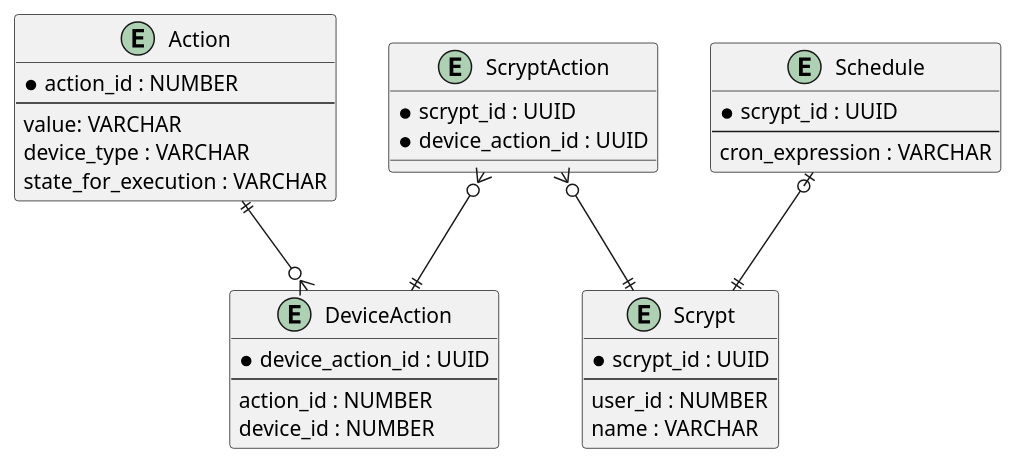
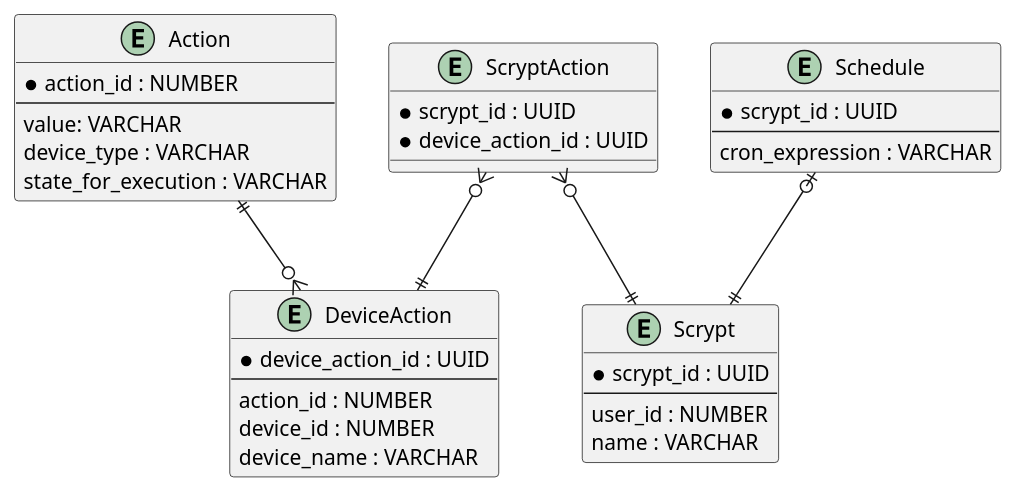
One commit to frobbery/architecture-warmhouse changed the diagram in diagrams/er/scrypt-database.puml. Above: the diagram before and after it, drawn with PlantUML. The commit also changed 9 other files, not shown here.

```diff
--- a/diagrams/er/scrypt-database.puml
+++ b/diagrams/er/scrypt-database.puml
@@ -1,41 +1,42 @@
 @startuml
 
 entity "Action" {
   * action_id : NUMBER
   --
   value: VARCHAR
   device_type : VARCHAR
   state_for_execution : VARCHAR
 }
 
 entity "DeviceAction" {
   * device_action_id : UUID
   --
   action_id : NUMBER
   device_id : NUMBER
+  device_name : VARCHAR
 }
 
 entity "Schedule" {
   * scrypt_id : UUID
   --
   cron_expression : VARCHAR
 }
 
 entity "Scrypt" {
   * scrypt_id : UUID
   --
   user_id : NUMBER
   name : VARCHAR
 }
 
 entity "ScryptAction" {
   * scrypt_id : UUID
   * device_action_id : UUID
 }
 
 Action ||--o{ DeviceAction
 Schedule |o--|| Scrypt
 ScryptAction }o--|| Scrypt
 ScryptAction }o--|| DeviceAction
 
 @enduml
```
